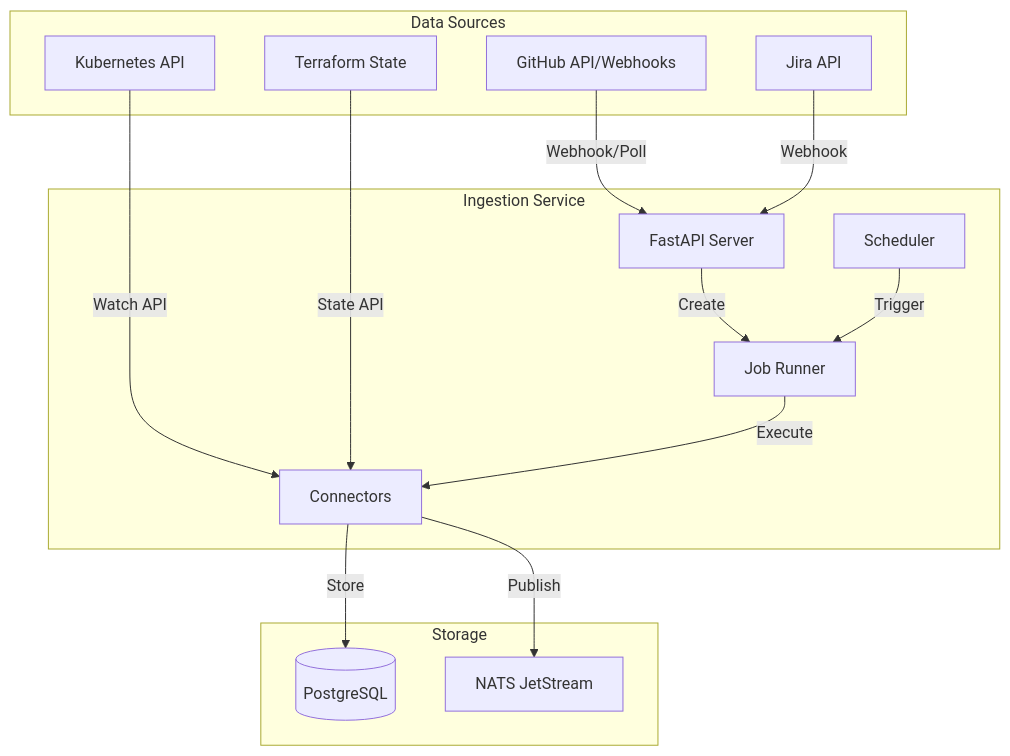
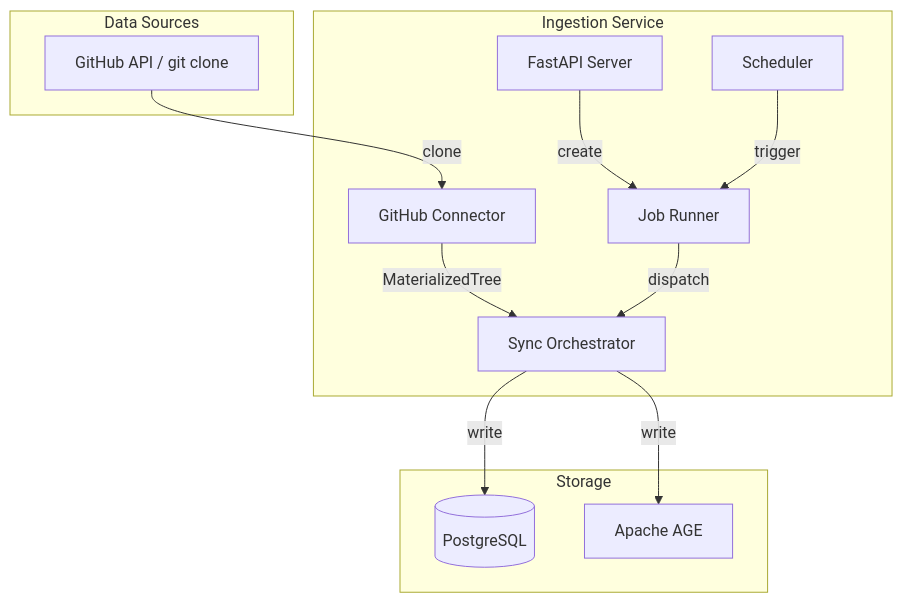
Before and after one commit to invariantcontinuum/substrate: the diagram in docs/system-design/ingestion.md, drawn with Mermaid. The commit also changed other lines of this file and 19 other files, not shown here.

````diff
--- a/docs/system-design/ingestion.md
+++ b/docs/system-design/ingestion.md
@@ -26,33 +29,28 @@
 ```mermaid
 flowchart TB
     subgraph Sources["Data Sources"]
-        GH[GitHub API/Webhooks]
-        K8s[Kubernetes API]
-        TF[Terraform State]
-        Jira[Jira API]
+        GH[GitHub API / git clone]
     end
-    
+
     subgraph Ingestion["Ingestion Service"]
         API[FastAPI Server]
-        JOB[Job Runner]
-        SCH[Scheduler]
-        CONN[Connectors]
+        RUNNER[Job Runner]
+        SCHED[Scheduler]
+        CONN[GitHub Connector]
+        SYNC[Sync Orchestrator]
     end
-    
+
     subgraph Storage
         PG[(PostgreSQL)]
-        NATS[NATS JetStream]
+        AGE[Apache AGE]
     end
-    
-    GH -->|Webhook/Poll| API
-    K8s -->|Watch API| CONN
-    TF -->|State API| CONN
-    Jira -->|Webhook| API
-    
-    API -->|Create| JOB
-    SCH -->|Trigger| JOB
-    JOB -->|Execute| CONN
-    
-    CONN -->|Store| PG
-    CONN -->|Publish| NATS
+
+    GH -->|clone| CONN
+    CONN -->|MaterializedTree| SYNC
+    SYNC -->|write| PG
+    SYNC -->|write| AGE
+
+    API -->|create| RUNNER
+    SCHED -->|trigger| RUNNER
+    RUNNER -->|dispatch| SYNC
 ```
````
